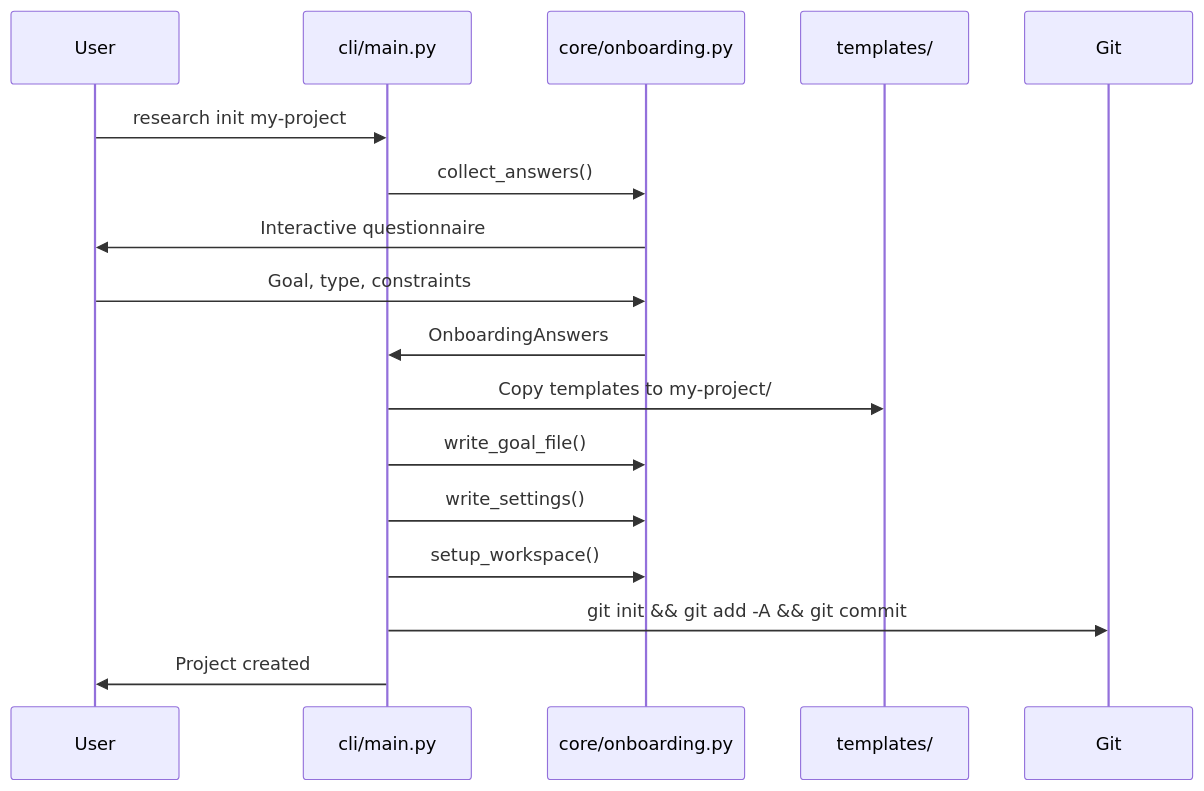
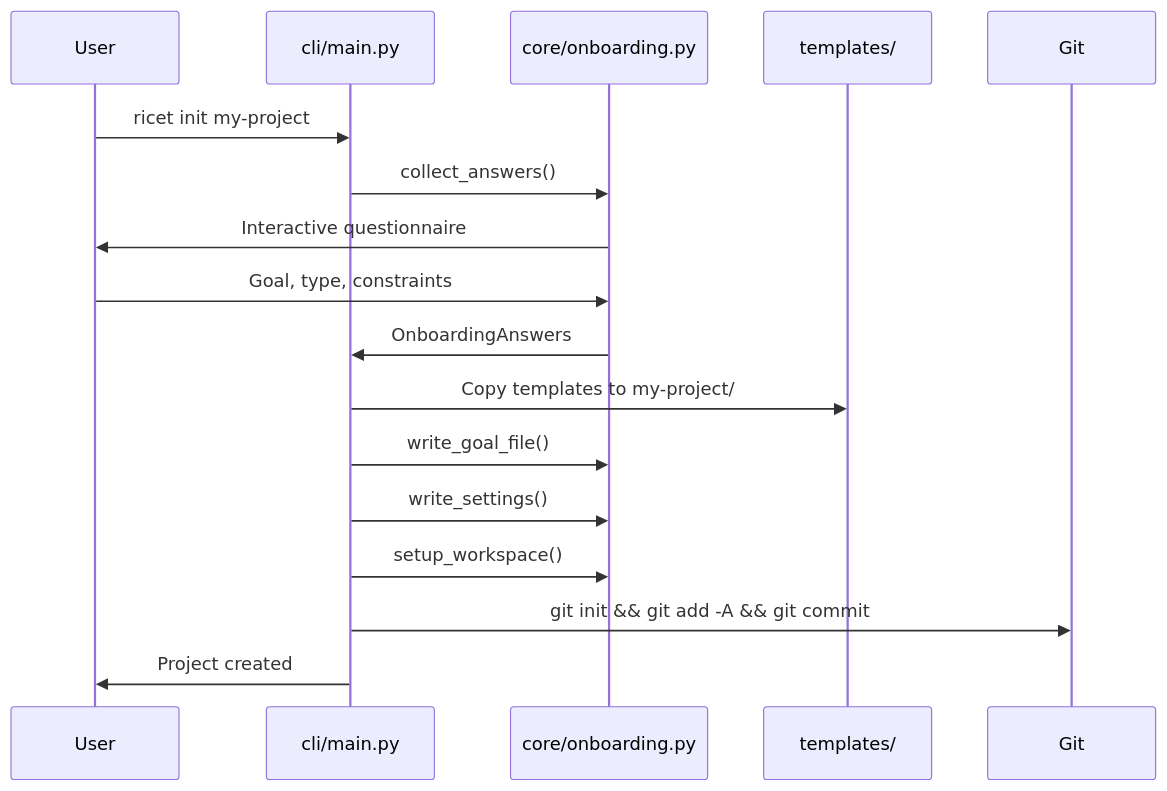
Before and after one commit to lucafusarbassini/research-automation: the third of 7 diagrams in docs/site/architecture.md, drawn with Mermaid. The commit also changed other lines of this file and 128 other files, not shown here.

First line of the commit message:
Rename project to ricet, fix CI formatting, auth docs, and GitHub Pages

````diff
--- a/docs/site/architecture.md
+++ b/docs/site/architecture.md
@@ -175,20 +175,20 @@
 ```mermaid
 sequenceDiagram
     participant U as User
     participant CLI as cli/main.py
     participant OB as core/onboarding.py
     participant T as templates/
     participant G as Git
 
-    U->>CLI: research init my-project
+    U->>CLI: ricet init my-project
     CLI->>OB: collect_answers()
     OB->>U: Interactive questionnaire
     U->>OB: Goal, type, constraints
     OB->>CLI: OnboardingAnswers
     CLI->>T: Copy templates to my-project/
     CLI->>OB: write_goal_file()
     CLI->>OB: write_settings()
     CLI->>OB: setup_workspace()
     CLI->>G: git init && git add -A && git commit
     CLI->>U: Project created
 ```
````
